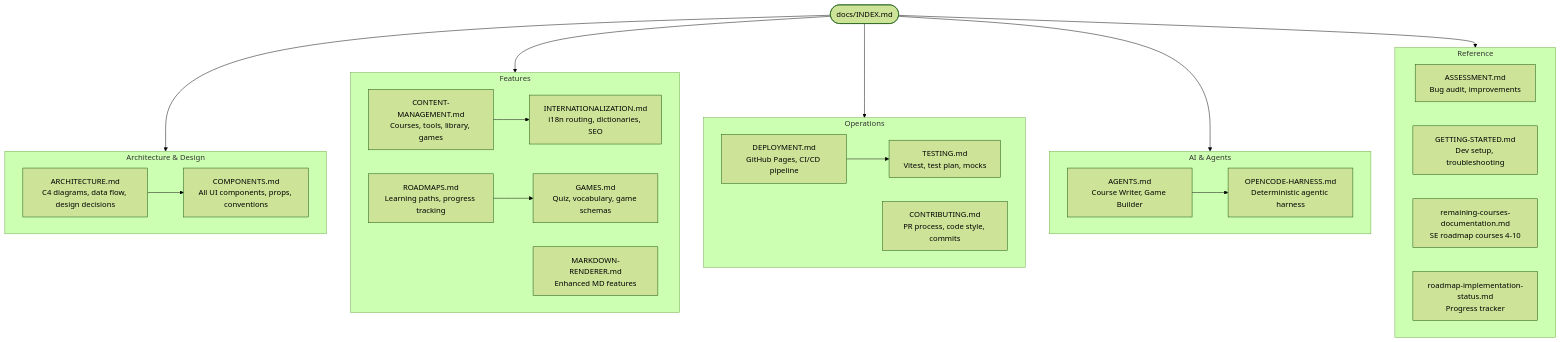
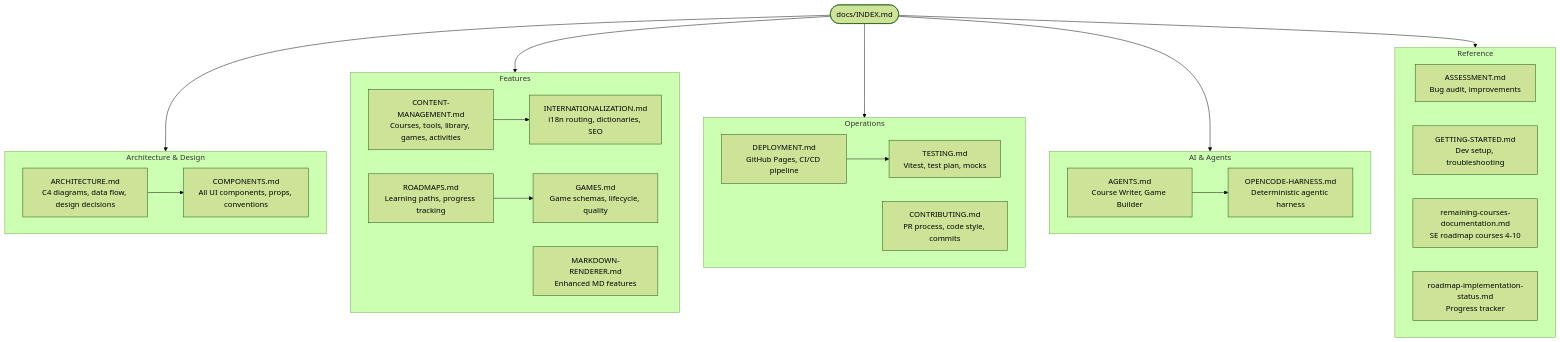
Before and after one commit to nuniversity/nuniversity.github.io: the diagram in docs/INDEX.md, drawn with Mermaid (forest theme). The commit also changed other lines of this file and 70 other files, not shown here.

````diff
--- a/docs/INDEX.md
+++ b/docs/INDEX.md
@@ -10,45 +10,45 @@
 ```mermaid
 flowchart TD
     START([docs/INDEX.md]) --> ARCH
     START --> FEAT
     START --> OPS
     START --> AI
     START --> REF
 
     subgraph ARCH[Architecture & Design]
         A1[ARCHITECTURE.md<br/>C4 diagrams, data flow, design decisions]
         A2[COMPONENTS.md<br/>All UI components, props, conventions]
     end
 
     subgraph FEAT[Features]
-        F1[CONTENT-MANAGEMENT.md<br/>Courses, tools, library, games]
+        F1[CONTENT-MANAGEMENT.md<br/>Courses, tools, library, games, activities]
         F2[INTERNATIONALIZATION.md<br/>i18n routing, dictionaries, SEO]
         F3[ROADMAPS.md<br/>Learning paths, progress tracking]
-        F4[GAMES.md<br/>Quiz, vocabulary, game schemas]
+        F4[GAMES.md<br/>Game schemas, lifecycle, quality]
         F5[MARKDOWN-RENDERER.md<br/>Enhanced MD features]
     end
 
     subgraph OPS[Operations]
         O1[DEPLOYMENT.md<br/>GitHub Pages, CI/CD pipeline]
         O2[TESTING.md<br/>Vitest, test plan, mocks]
         O3[CONTRIBUTING.md<br/>PR process, code style, commits]
     end
 
     subgraph AI[AI & Agents]
         AI1[AGENTS.md<br/>Course Writer, Game Builder]
         AI2[OPENCODE-HARNESS.md<br/>Deterministic agentic harness]
     end
 
     subgraph REF[Reference]
         R1[ASSESSMENT.md<br/>Bug audit, improvements]
         R2[GETTING-STARTED.md<br/>Dev setup, troubleshooting]
         R3[remaining-courses-documentation.md<br/>SE roadmap courses 4-10]
         R4[roadmap-implementation-status.md<br/>Progress tracker]
     end
 
     A1 --> A2
     F1 --> F2
     F3 --> F4
     O1 --> O2
     AI1 --> AI2
 ```
````
